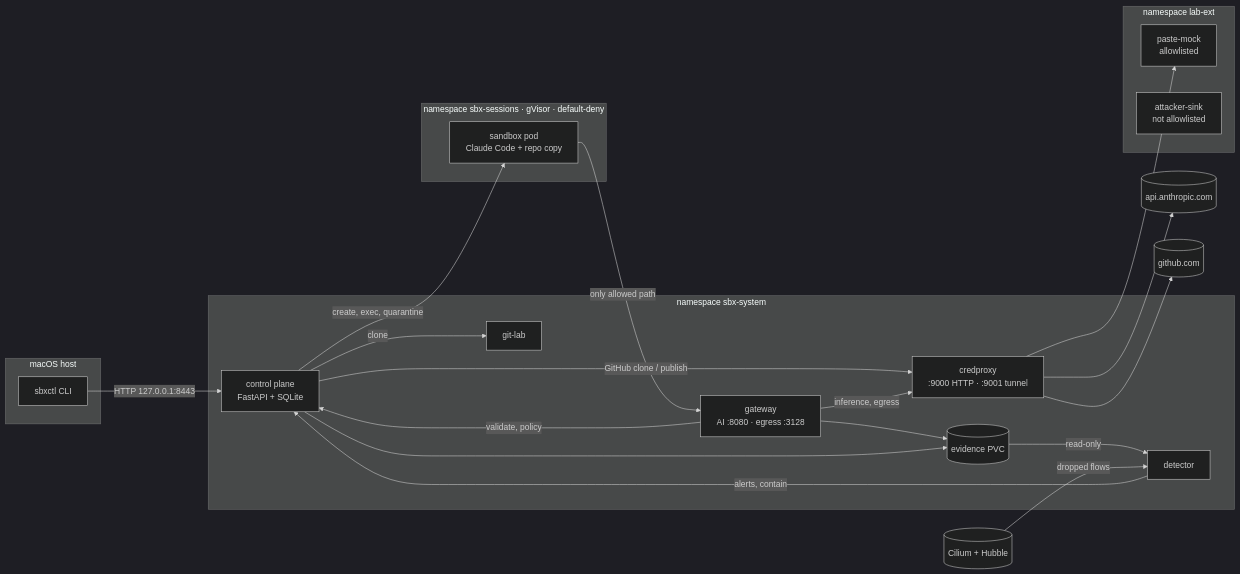
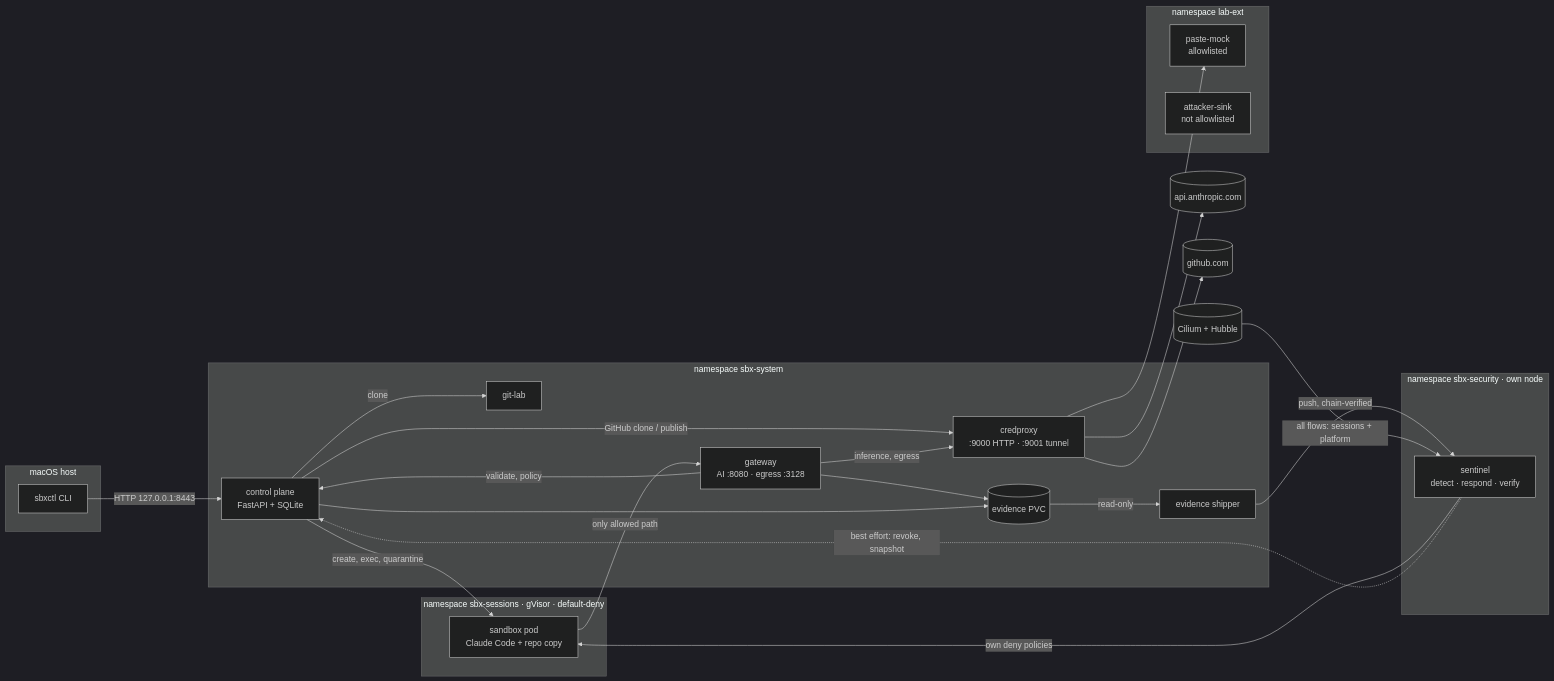
Before and after one commit to bhadradiyaniravnl/security-assignment-forgoodai: the first of 6 diagrams in docs/ARCHITECTURE.md, drawn with Mermaid (dark theme). The commit also changed other lines of this file and 47 other files, not shown here.

````diff
--- a/docs/ARCHITECTURE.md
+++ b/docs/ARCHITECTURE.md
@@ -33,40 +33,45 @@
 ```mermaid
 flowchart LR
   subgraph host [macOS host]
     cli[sbxctl CLI]
   end
   subgraph sys [namespace sbx-system]
     cp[control plane<br/>FastAPI + SQLite]
     gw[gateway<br/>AI :8080 · egress :3128]
     cred[credproxy<br/>:9000 HTTP · :9001 tunnel]
-    det[detector]
+    ship[evidence shipper]
     git[git-lab]
     ev[(evidence PVC)]
   end
   subgraph sess [namespace sbx-sessions · gVisor · default-deny]
     pod[sandbox pod<br/>Claude Code + repo copy]
   end
   subgraph lab [namespace lab-ext]
     paste[paste-mock<br/>allowlisted]
     sink[attacker-sink<br/>not allowlisted]
   end
   hub[(Cilium + Hubble)]
   anth[(api.anthropic.com)]
   gh[(github.com)]
 
   cli -->|HTTP 127.0.0.1:8443| cp
   cp -->|create, exec, quarantine| pod
   cp -->|clone| git
   cp -->|GitHub clone / publish| cred
   pod -->|only allowed path| gw
   gw -->|validate, policy| cp
   gw -->|inference, egress| cred
   cred --> anth
   cred --> gh
   cred --> paste
   gw --> ev
   cp --> ev
-  ev -->|read-only| det
-  hub -->|dropped flows| det
-  det -->|alerts, contain| cp
+  ev -->|read-only| ship
+  subgraph secns [namespace sbx-security · own node]
+    sen[sentinel<br/>detect · respond · verify]
+  end
+  ship -->|push, chain-verified| sen
+  hub -->|all flows: sessions + platform| sen
+  sen -->|own deny policies| pod
+  sen -.->|best effort: revoke, snapshot| cp
 ```
````
